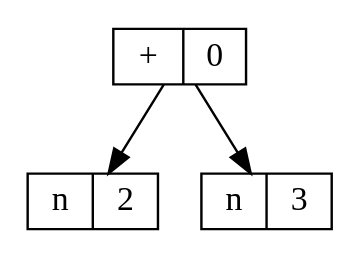
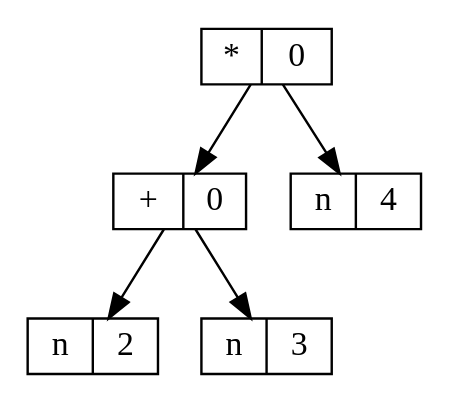
One commit to BarbaraSRodrigues/Trabalho-de-Compiladores changed the diagram in tree.dot. Above: the diagram before and after it, drawn with Graphviz. The commit also changed 7 other files, not shown here.

```diff
--- a/tree.dot
+++ b/tree.dot
@@ -1,8 +1,12 @@
 digraph {
 	node [shape=record, height = .1];
-	n0x559bfaccb770 [label="+|0"]
-	n0x559bfaccb730 [label="n|2"]
-	n0x559bfaccb750 [label="n|3"]
-	n0x559bfaccb770 -> n0x559bfaccb730
-	n0x559bfaccb770 -> n0x559bfaccb750
+	n0x5ace62f00ea0 [label="*|0"]
+	n0x5ace62f00e60 [label="+|0"]
+	n0x5ace62f00e20 [label="n|2"]
+	n0x5ace62f00e40 [label="n|3"]
+	n0x5ace62f00e80 [label="n|4"]
+	n0x5ace62f00ea0 -> n0x5ace62f00e60
+	n0x5ace62f00e60 -> n0x5ace62f00e20
+	n0x5ace62f00e60 -> n0x5ace62f00e40
+	n0x5ace62f00ea0 -> n0x5ace62f00e80
 }
```
